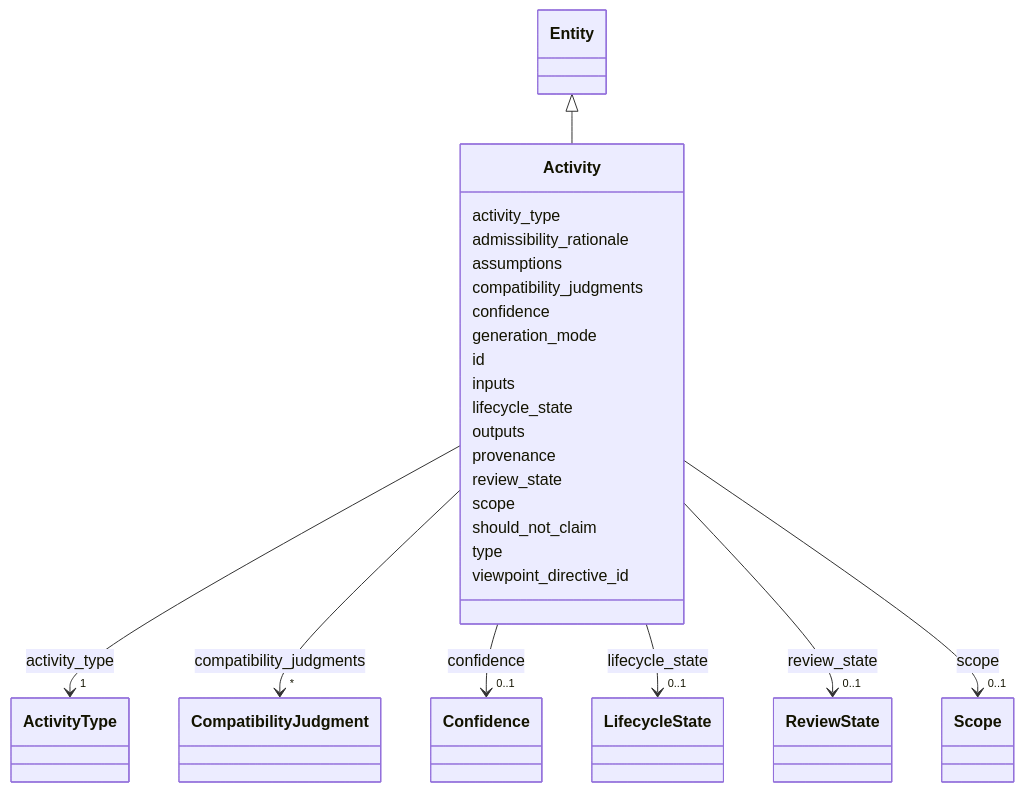
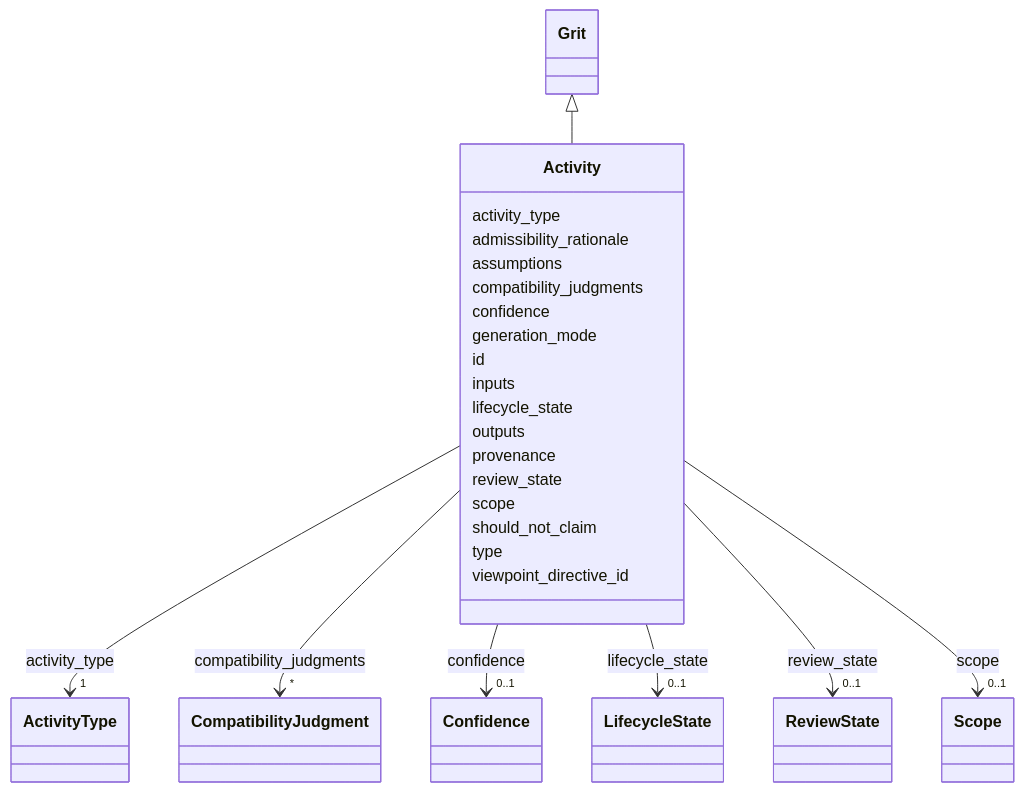
One commit to phzwart/pygrits changed the diagram in docs/Activity.md. Above: the diagram before and after it, drawn with Mermaid. The commit also changed other lines of this file and 184 other files, not shown here.

```diff
--- a/docs/Activity.md
+++ b/docs/Activity.md
@@ -24,8 +24,8 @@
  classDiagram
     class Activity
     click Activity href "../Activity/"
-      Entity <|-- Activity
-        click Entity href "../Entity/"
+      Grit <|-- Activity
+        click Grit href "../Grit/"
       
       Activity : activity_type
         
```
